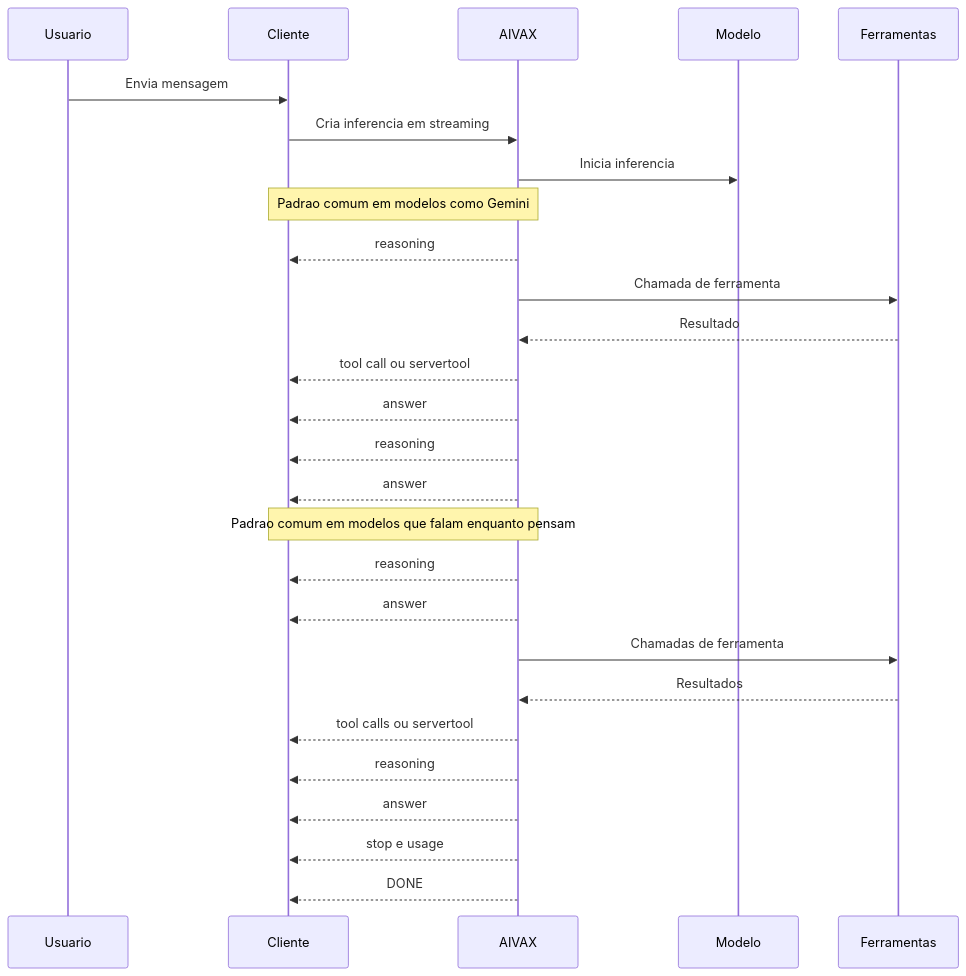
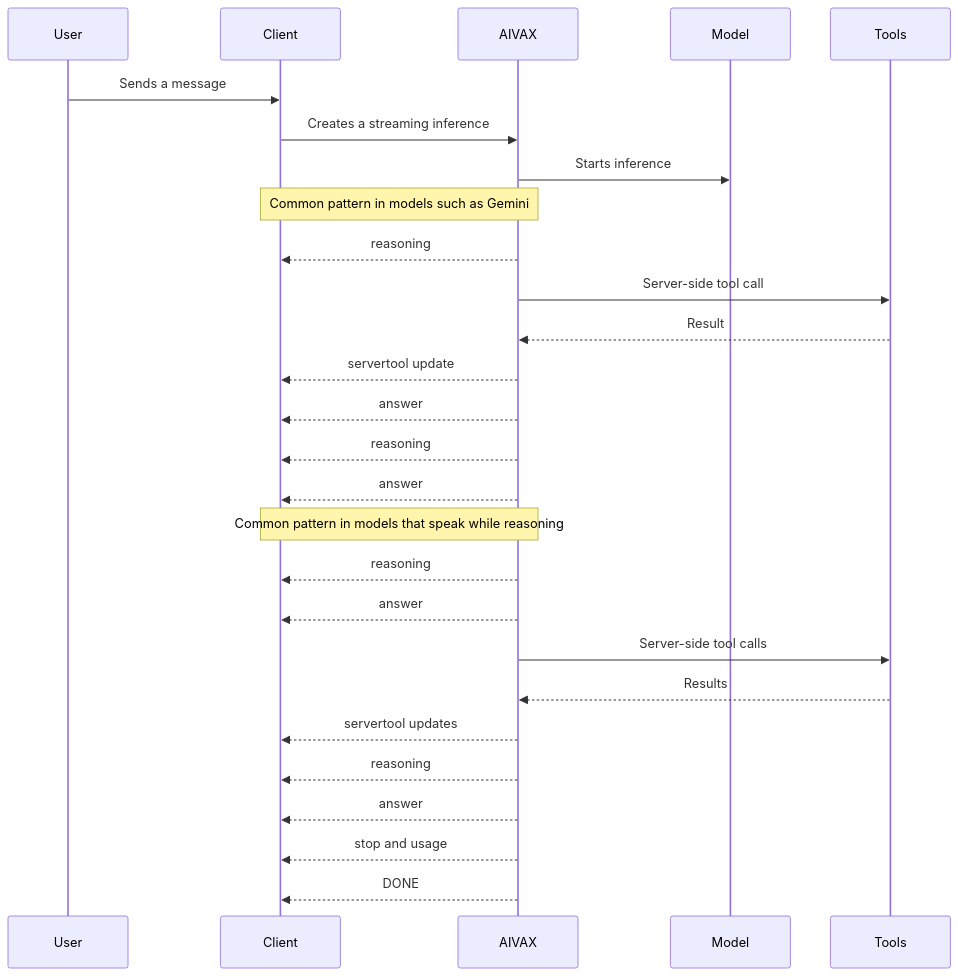
Before and after one commit to CypherPotato/open-indexer-docs: the diagram in docs/inference/chat-handling.md, drawn with Mermaid. The commit also changed other lines of this file and 25 other files, not shown here.

````diff
--- a/docs/inference/chat-handling.md
+++ b/docs/inference/chat-handling.md
@@ -11,33 +11,33 @@
 ```mermaid
 sequenceDiagram
-    participant Usuario
-    participant Cliente
+    participant User
+    participant Client
     participant AIVAX
-    participant Modelo
-    participant Ferramentas
+    participant Model
+    participant Tools
 
-    Usuario->>Cliente: Envia mensagem
-    Cliente->>AIVAX: Cria inferencia em streaming
-    AIVAX->>Modelo: Inicia inferencia
+    User->>Client: Sends a message
+    Client->>AIVAX: Creates a streaming inference
+    AIVAX->>Model: Starts inference
 
-    Note over AIVAX,Cliente: Padrao comum em modelos como Gemini
-    AIVAX-->>Cliente: reasoning
-    AIVAX->>Ferramentas: Chamada de ferramenta
-    Ferramentas-->>AIVAX: Resultado
-    AIVAX-->>Cliente: tool call ou servertool
-    AIVAX-->>Cliente: answer
-    AIVAX-->>Cliente: reasoning
-    AIVAX-->>Cliente: answer
+    Note over AIVAX,Client: Common pattern in models such as Gemini
+    AIVAX-->>Client: reasoning
+    AIVAX->>Tools: Server-side tool call
+    Tools-->>AIVAX: Result
+    AIVAX-->>Client: servertool update
+    AIVAX-->>Client: answer
+    AIVAX-->>Client: reasoning
+    AIVAX-->>Client: answer
 
-    Note over AIVAX,Cliente: Padrao comum em modelos que falam enquanto pensam
-    AIVAX-->>Cliente: reasoning
-    AIVAX-->>Cliente: answer
-    AIVAX->>Ferramentas: Chamadas de ferramenta
-    Ferramentas-->>AIVAX: Resultados
-    AIVAX-->>Cliente: tool calls ou servertool
-    AIVAX-->>Cliente: reasoning
-    AIVAX-->>Cliente: answer
+    Note over AIVAX,Client: Common pattern in models that speak while reasoning
+    AIVAX-->>Client: reasoning
+    AIVAX-->>Client: answer
+    AIVAX->>Tools: Server-side tool calls
+    Tools-->>AIVAX: Results
+    AIVAX-->>Client: servertool updates
+    AIVAX-->>Client: reasoning
+    AIVAX-->>Client: answer
 
-    AIVAX-->>Cliente: stop e usage
-    AIVAX-->>Cliente: DONE
+    AIVAX-->>Client: stop and usage
+    AIVAX-->>Client: DONE
 ```
````
